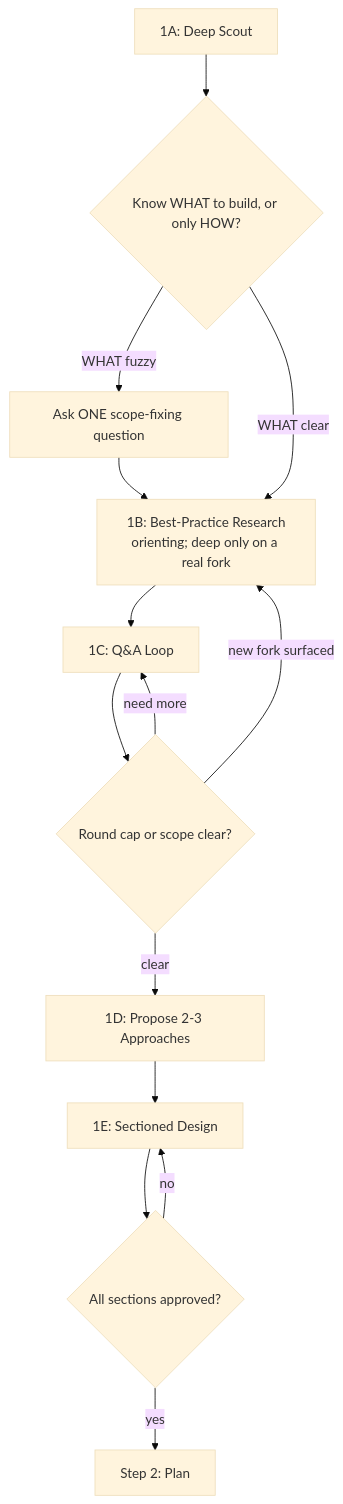
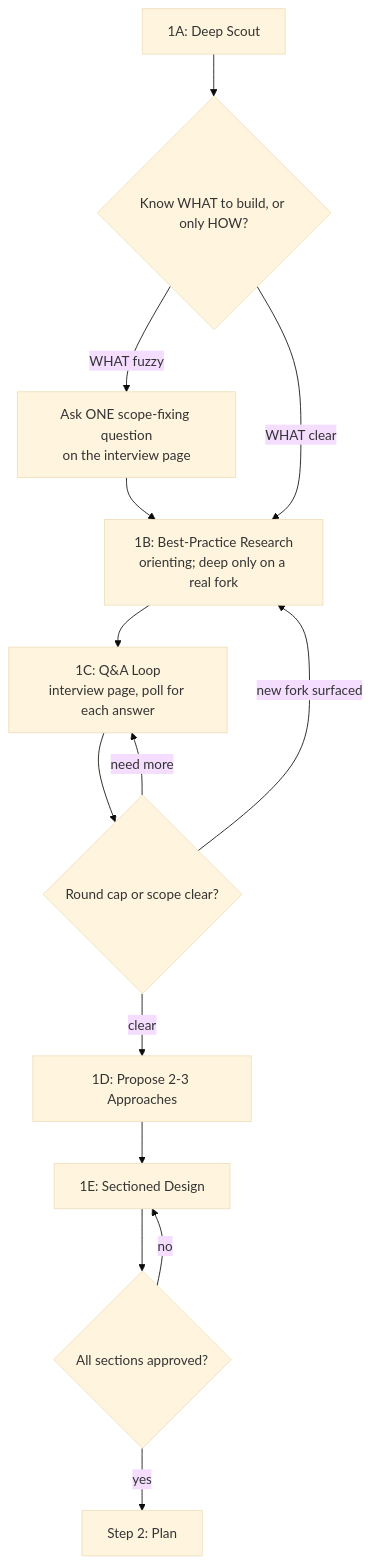
Before and after one commit to dphong1995/skills: the diagram in skills/cook/references/design-phase.md, drawn with Mermaid (base theme). The commit also changed other lines of this file and 7 other files, not shown here.

First line of the commit message:
Ask brainstorm-pro and cook interview questions on an Artifact page

````diff
--- a/skills/cook/references/design-phase.md
+++ b/skills/cook/references/design-phase.md
@@ -40,15 +44,15 @@
 ```mermaid
 flowchart TD
     A[1A: Deep Scout] --> W{Know WHAT to build, or only HOW?}
-    W -->|WHAT fuzzy| Q0[Ask ONE scope-fixing question] --> R
+    W -->|WHAT fuzzy| Q0[Ask ONE scope-fixing question<br/>on the interview page] --> R
     W -->|WHAT clear| R[1B: Best-Practice Research<br/>orienting; deep only on a real fork]
-    R --> B[1C: Q&A Loop]
+    R --> B[1C: Q&A Loop<br/>interview page, poll for each answer]
     B --> C{Round cap or scope clear?}
     C -->|need more| B
     C -->|new fork surfaced| R
     C -->|clear| D[1D: Propose 2-3 Approaches]
     D --> E[1E: Sectioned Design]
     E --> F{All sections approved?}
     F -->|no| E
     F -->|yes| G[Step 2: Plan]
 ```
````
